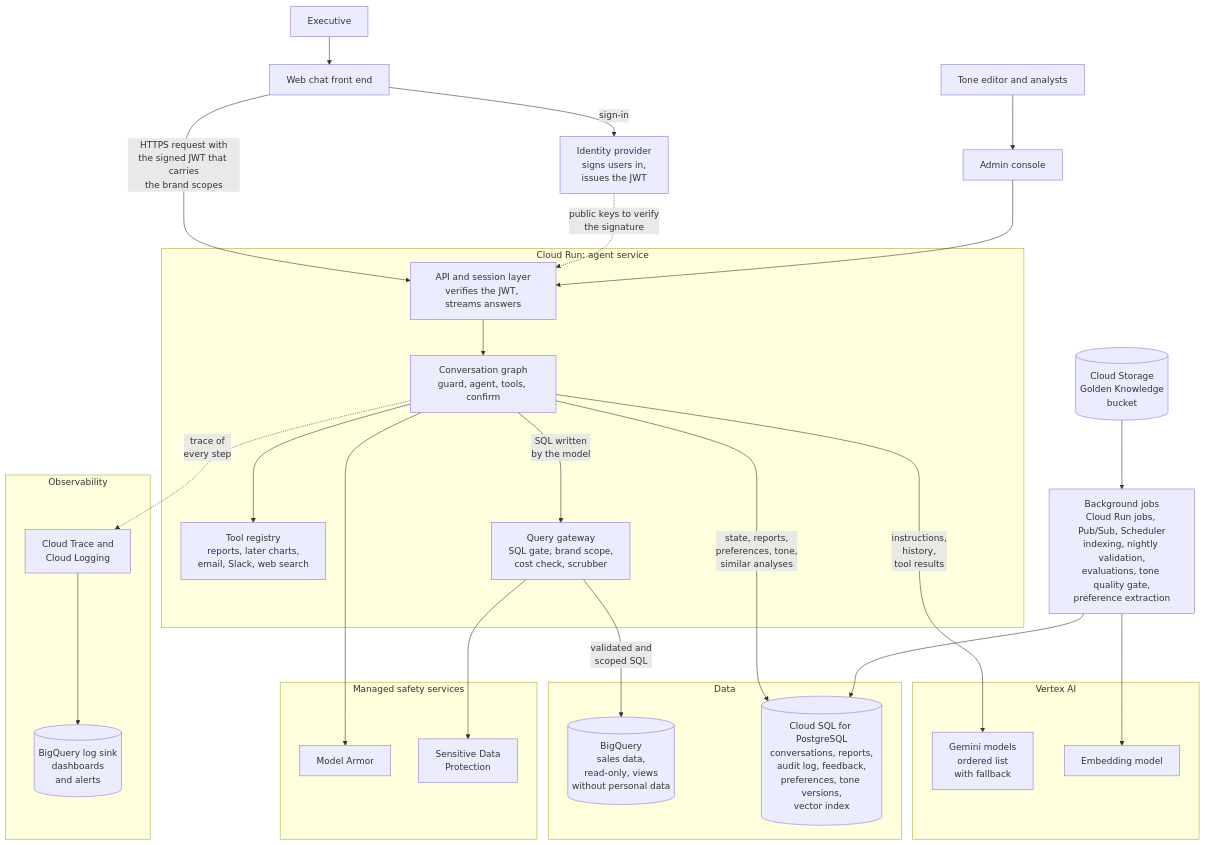
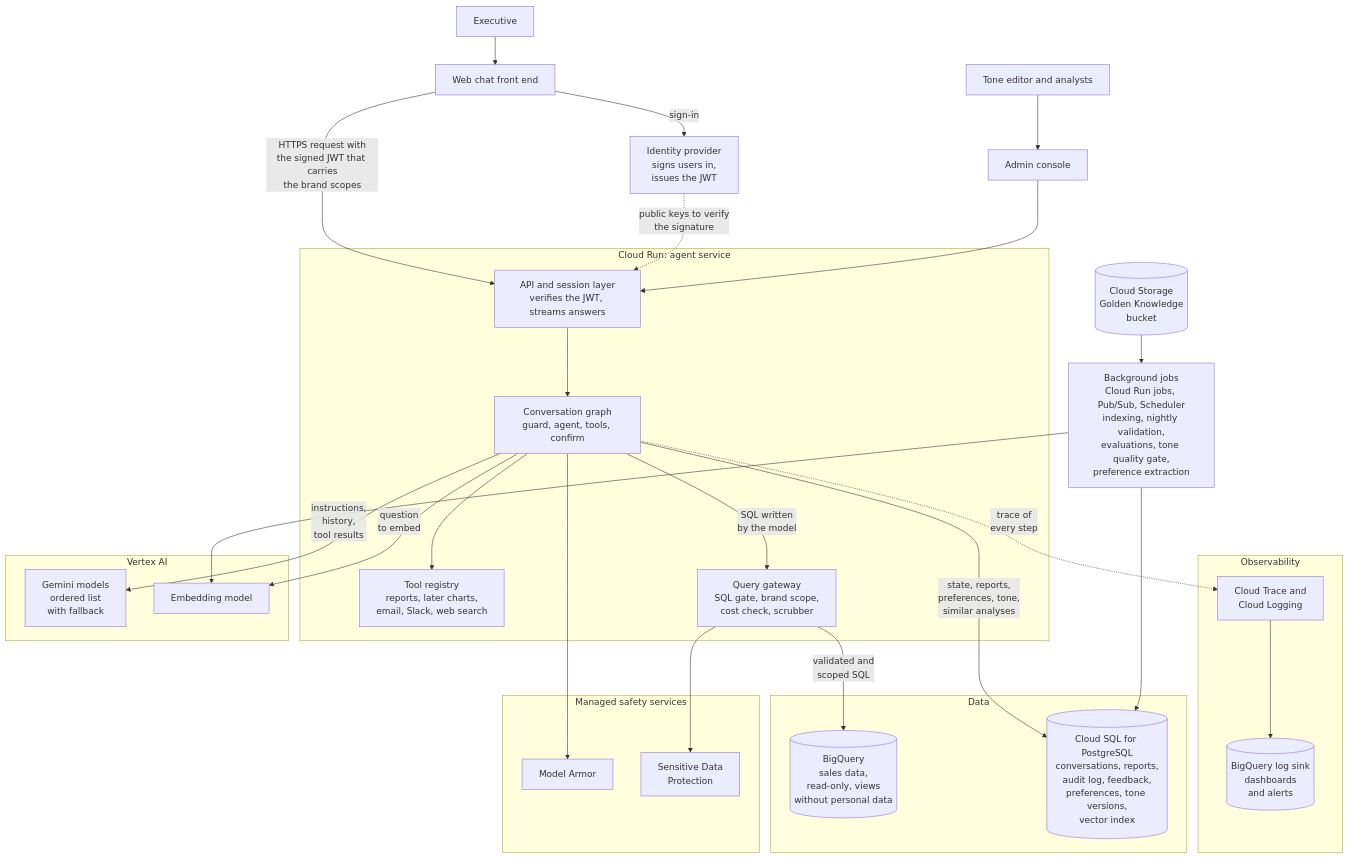
Before and after one commit to rupszi/tech-demo-retail-05: the diagram in docs/diagrams/architecture.mmd, drawn with Mermaid. The commit also changed 22 other files, not shown here.

```diff
--- a/docs/diagrams/architecture.mmd
+++ b/docs/diagrams/architecture.mmd
@@ -1,56 +1,57 @@
 flowchart TB
     exec["Executive"]
     fe["Web chat front end"]
     idp["Identity provider<br/>signs users in,<br/>issues the JWT"]
     editor["Tone editor and analysts"]
     console["Admin console"]
 
     subgraph run["Cloud Run: agent service"]
         api["API and session layer<br/>verifies the JWT, streams answers"]
         agent["Conversation graph<br/>guard, agent, tools, confirm"]
         tools["Tool registry<br/>reports, later charts,<br/>email, Slack, web search"]
         gate["Query gateway<br/>SQL gate, brand scope,<br/>cost check, scrubber"]
     end
 
     gcs[("Cloud Storage<br/>Golden Knowledge<br/>bucket")]
     jobs["Background jobs<br/>Cloud Run jobs, Pub/Sub, Scheduler<br/>indexing, nightly validation,<br/>evaluations, tone quality gate,<br/>preference extraction"]
 
     subgraph safety["Managed safety services"]
         armor["Model Armor"]
         dlp["Sensitive Data<br/>Protection"]
     end
 
     subgraph obs["Observability"]
         trace["Cloud Trace and<br/>Cloud Logging"]
         logs[("BigQuery log sink<br/>dashboards<br/>and alerts")]
     end
 
     subgraph vertex["Vertex AI"]
         gemini["Gemini models<br/>ordered list<br/>with fallback"]
         embed["Embedding model"]
     end
 
     subgraph stores["Data"]
         bq[("BigQuery<br/>sales data,<br/>read-only, views<br/>without personal data")]
         pg[("Cloud SQL for PostgreSQL<br/>conversations, reports,<br/>audit log, feedback,<br/>preferences, tone versions,<br/>vector index")]
     end
 
     exec --> fe
     fe -->|sign-in| idp
     fe -->|"HTTPS request with<br/>the signed JWT that carries<br/>the brand scopes"| api
     idp -.->|"public keys to verify<br/>the signature"| api
     editor --> console
     console --> api
     api --> agent
     agent -->|"instructions,<br/>history,<br/>tool results"| gemini
     agent --> tools
     agent -->|"SQL written<br/>by the model"| gate
     gate -->|"validated and<br/>scoped SQL"| bq
     agent -->|"state, reports,<br/>preferences, tone,<br/>similar analyses"| pg
     agent --> armor
     gate --> dlp
     gcs --> jobs
     jobs --> embed
+    agent -->|"question<br/>to embed"| embed
     jobs --> pg
     agent -.->|"trace of<br/>every step"| trace
     trace --> logs
```
